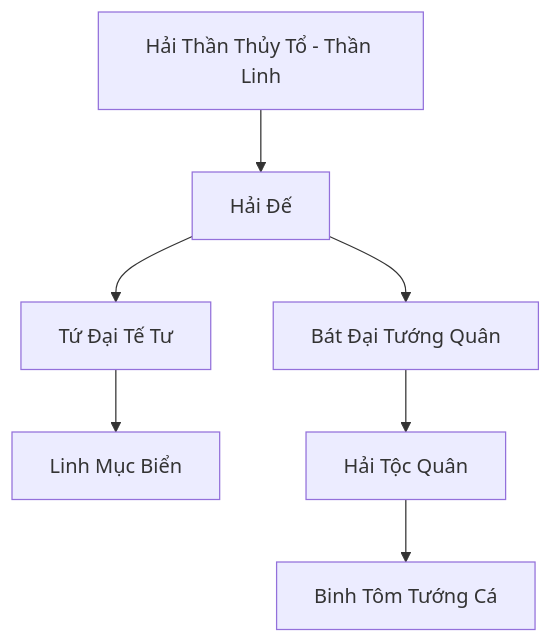
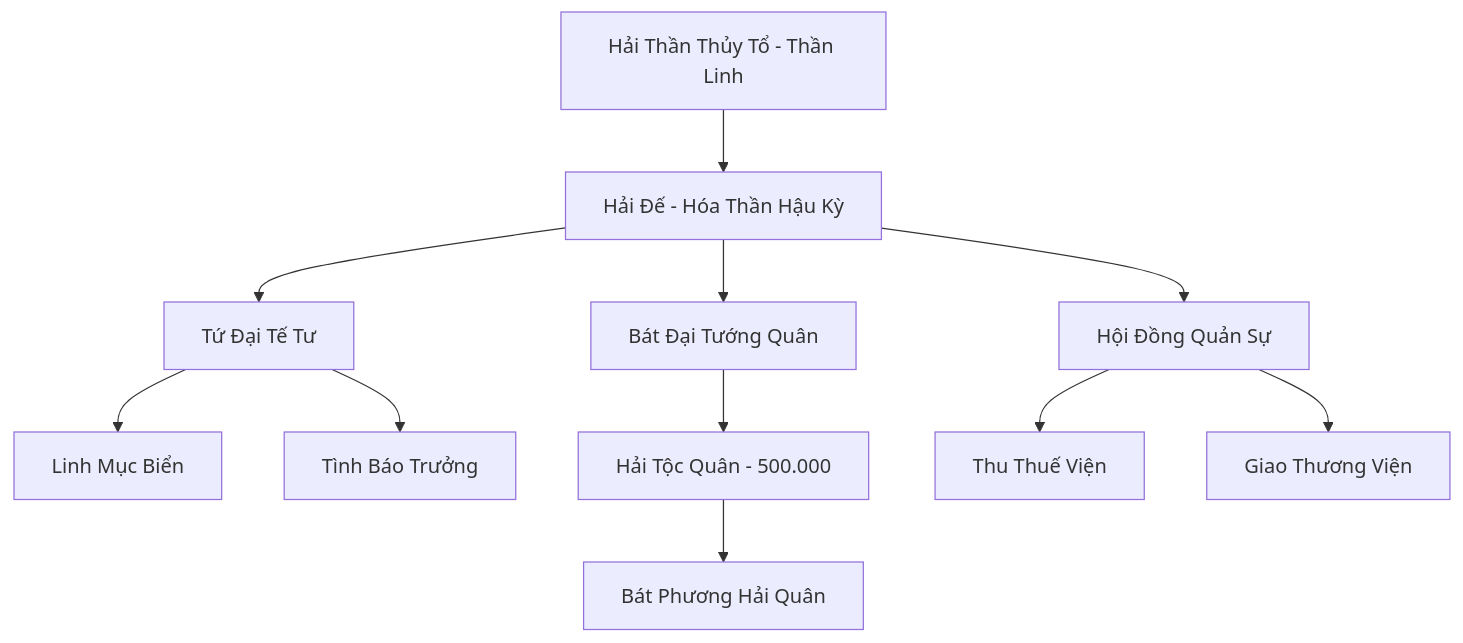
One commit to Sampi314/Obsidian_Novel_v2 changed the first of 2 diagrams in Đạo/Thế_Lực/Vô_Tận_Hải/Hải_Thần_Cung.md. Above: the diagram before and after it, drawn with Mermaid. The commit also changed other lines of this file, not shown here.

Commit message:
Mở rộng hồ sơ Hải Thần Cung (Vô Tận Hải) — bổ sung chi tiết 11 mục

````diff
--- a/Đạo/Thế_Lực/Vô_Tận_Hải/Hải_Thần_Cung.md
+++ b/Đạo/Thế_Lực/Vô_Tận_Hải/Hải_Thần_Cung.md
@@ -97,9 +97,13 @@
 ```mermaid
 graph TD
-    HTTT[Hải Thần Thủy Tổ - Thần Linh] --> HĐ[Hải Đế]
+    HTTT[Hải Thần Thủy Tổ - Thần Linh] --> HĐ[Hải Đế - Hóa Thần Hậu Kỳ]
     HĐ --> TĐTT[Tứ Đại Tế Tư]
     HĐ --> BĐTQ[Bát Đại Tướng Quân]
+    HĐ --> HDQS[Hội Đồng Quản Sự]
     TĐTT --> LM[Linh Mục Biển]
-    BĐTQ --> HTQ[Hải Tộc Quân]
-    HTQ --> BT[Binh Tôm Tướng Cá]
+    TĐTT --> TB[Tình Báo Trưởng]
+    BĐTQ --> HTQ[Hải Tộc Quân - 500.000]
+    HDQS --> TT[Thu Thuế Viện]
+    HDQS --> GT[Giao Thương Viện]
+    HTQ --> BT[Bát Phương Hải Quân]
 ```
````
